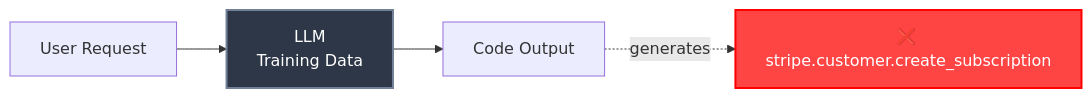
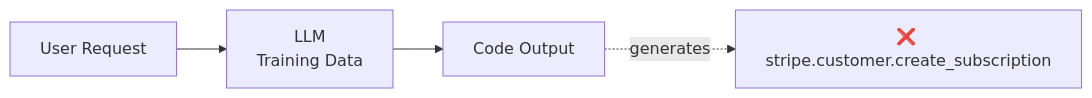
The first of 2 diagrams in documentation/docs/architecture/contract-compiler.md (jobel-ai/jobel-ai.github.io), drawn with Mermaid before and after one commit. The commit also changed other lines of this file and 5 other files, not shown here.

````diff
--- a/documentation/docs/architecture/contract-compiler.md
+++ b/documentation/docs/architecture/contract-compiler.md
@@ -17,9 +17,6 @@
 ```mermaid
 flowchart LR
     User[User Request] --> LLM[LLM<br/>Training Data]
     LLM --> Code[Code Output]
     Code -.generates.-> Bad[❌ stripe.customer.create_subscription]
-    
-    style Bad fill:#ff4444,stroke:#ff0000,stroke-width:2px,color:#fff
-    style LLM fill:#2d3748,stroke:#718096,stroke-width:2px,color:#fff
 ```
````
